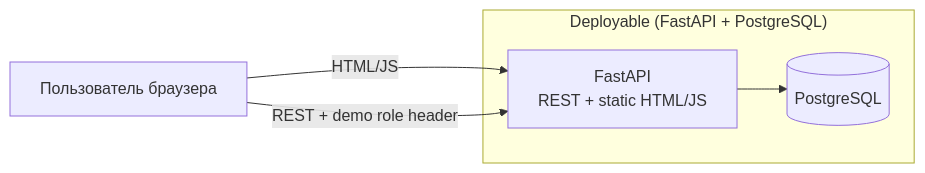
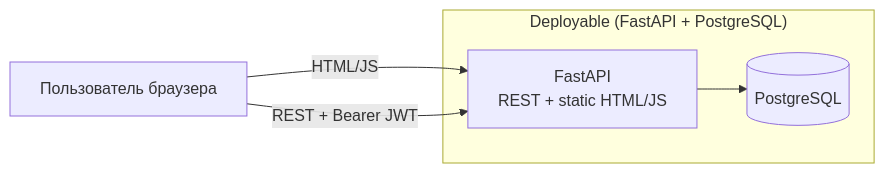
The diagram in docs/03-diagrams/architecture/container-diagram.md (egoryasuk96/pet-project-hr-tech-), drawn with Mermaid before and after one commit. The commit also changed other lines of this file and 125 other files, not shown here.

````diff
--- a/docs/03-diagrams/architecture/container-diagram.md
+++ b/docs/03-diagrams/architecture/container-diagram.md
@@ -45,13 +45,13 @@
 ```mermaid
 flowchart LR
   User[Пользователь браузера]
 
   subgraph deploy ["Deployable (FastAPI + PostgreSQL)"]
     Api["FastAPI\nREST + static HTML/JS"]
     Db[("PostgreSQL")]
   end
 
   User -->|"HTML/JS"| Api
-  User -->|"REST + demo role header"| Api
+  User -->|"REST + Bearer JWT"| Api
   Api --> Db
 ```
````
